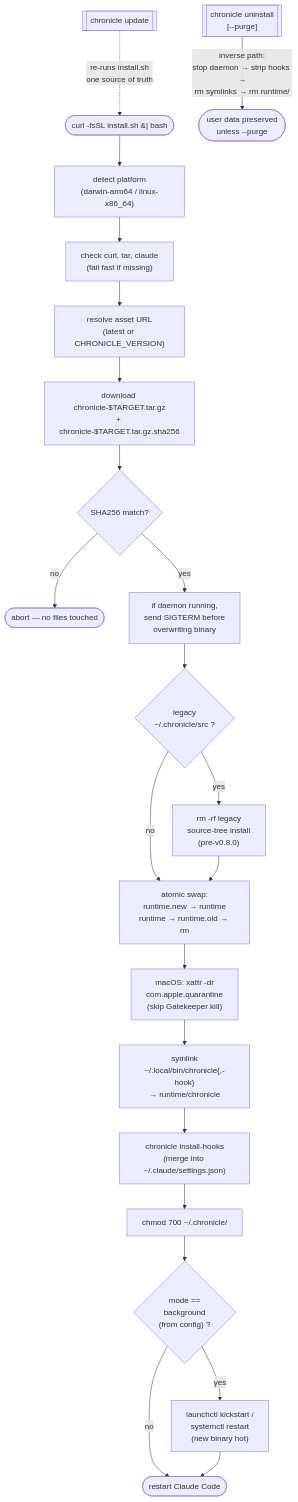
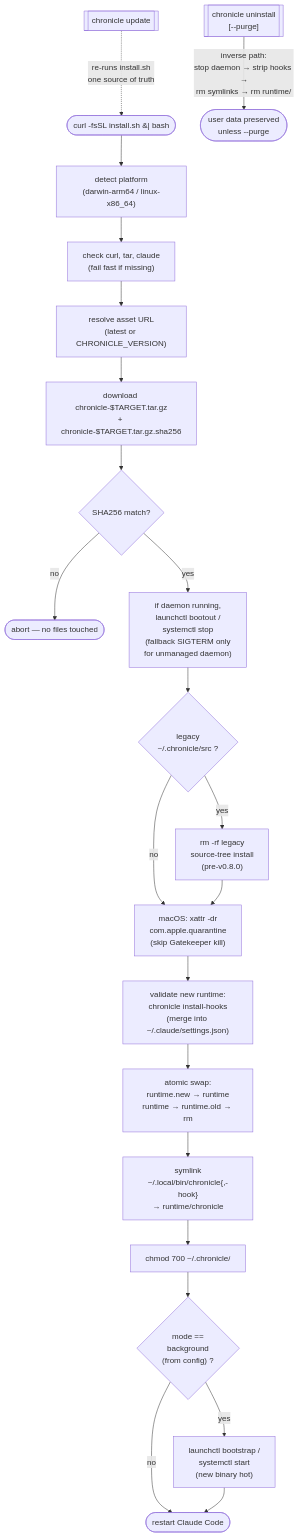
One commit to ehzawad/claudetalktoclaude changed the first of 7 diagrams in README.md. Above: the diagram before and after it, drawn with Mermaid. The commit also changed other lines of this file and 37 other files, not shown here.

````diff
--- a/README.md
+++ b/README.md
@@ -55,25 +55,25 @@
 ```mermaid
 flowchart TB
     START([curl -fsSL install.sh &#124; bash]) --> PLAT["detect platform<br/>(darwin-arm64 / linux-x86_64)"]
     PLAT --> DEPS["check curl, tar, claude<br/>(fail fast if missing)"]
     DEPS --> URLS["resolve asset URL<br/>(latest or CHRONICLE_VERSION)"]
     URLS --> DL["download chronicle-$TARGET.tar.gz<br/>+ chronicle-$TARGET.tar.gz.sha256"]
     DL --> VERIFY{"SHA256 match?"}
     VERIFY -->|no| ABORT([abort — no files touched])
-    VERIFY -->|yes| STOPD["if daemon running,<br/>send SIGTERM before<br/>overwriting binary"]
+    VERIFY -->|yes| STOPD["if daemon running,<br/>launchctl bootout /<br/>systemctl stop<br/>(fallback SIGTERM only<br/>for unmanaged daemon)"]
     STOPD --> LEGACY{"legacy<br/>~/.chronicle/src ?"}
     LEGACY -->|yes| WIPE["rm -rf legacy<br/>source-tree install<br/>(pre-v0.8.0)"]
-    LEGACY -->|no| SWAP
-    WIPE --> SWAP["atomic swap:<br/>runtime.new &rarr; runtime<br/>runtime &rarr; runtime.old &rarr; rm"]
-    SWAP --> QUAR["macOS: xattr -dr<br/>com.apple.quarantine<br/>(skip Gatekeeper kill)"]
-    QUAR --> LINK["symlink<br/>~/.local/bin/chronicle{,-hook}<br/>&rarr; runtime/chronicle"]
-    LINK --> HOOKS["chronicle install-hooks<br/>(merge into ~/.claude/settings.json)"]
-    HOOKS --> CHMOD["chmod 700 ~/.chronicle/"]
+    LEGACY -->|no| QUAR
+    WIPE --> QUAR["macOS: xattr -dr<br/>com.apple.quarantine<br/>(skip Gatekeeper kill)"]
+    QUAR --> HOOKS["validate new runtime:<br/>chronicle install-hooks<br/>(merge into ~/.claude/settings.json)"]
+    HOOKS --> SWAP["atomic swap:<br/>runtime.new &rarr; runtime<br/>runtime &rarr; runtime.old &rarr; rm"]
+    SWAP --> LINK["symlink<br/>~/.local/bin/chronicle{,-hook}<br/>&rarr; runtime/chronicle"]
+    LINK --> CHMOD["chmod 700 ~/.chronicle/"]
     CHMOD --> BG{"mode ==<br/>background<br/>(from config) ?"}
-    BG -->|yes| KICK["launchctl kickstart /<br/>systemctl restart<br/>(new binary hot)"]
+    BG -->|yes| KICK["launchctl bootstrap /<br/>systemctl start<br/>(new binary hot)"]
     BG -->|no| DONE
     KICK --> DONE([restart Claude Code])
 
     CU[["chronicle update"]] -.->|re-runs install.sh<br/>one source of truth| START
     CUN[["chronicle uninstall<br/>[--purge]"]] -->|inverse path:<br/>stop daemon &rarr; strip hooks &rarr;<br/>rm symlinks &rarr; rm runtime/| CDN([user data preserved<br/>unless --purge])
 ```
````
